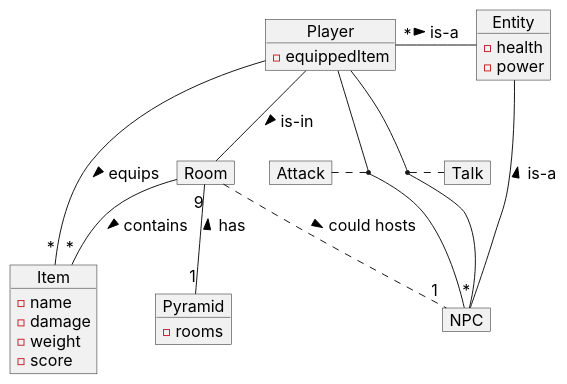
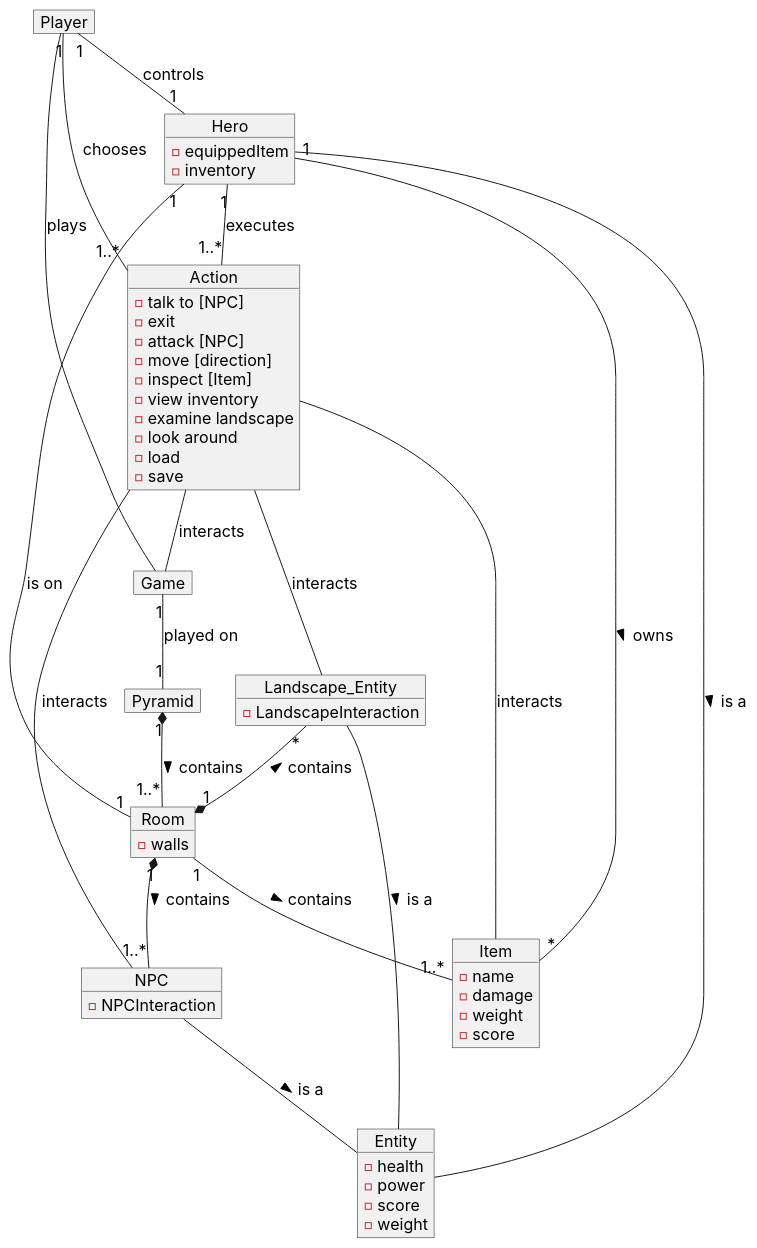
The diagram in plantuml/domain-model.plantuml (MarvinTheMoodLifter/escape-from-Dahshur), drawn with PlantUML before and after one commit.

Commit message:
8/6/2024
i tried updating the doman model, i am unsure wether or not it's right but i tried following our user stories on jira

```diff
--- a/plantuml/domain-model.plantuml
+++ b/plantuml/domain-model.plantuml
@@ -1,43 +1,71 @@
 @startuml Domain Model
 skinparam DefaultFontName Inter
 skinparam DefaultFontSize 16
 skinparam DefaultFontStyle bold
 skinparam ArrowThickness 1
 hide empty members
 
-object "Player" as Main_Character {
+object "Hero" as Main_Character {
   - equippedItem
+  - inventory
+}
+object Game{
+}
+object Player{
+}
+object Landscape_Entity{
+   -LandscapeInteraction
 }
 object Entity {
   - health
   - power
+  - score
+  - weight
 }
-object Attack
-object Talk
+object Action{
+  -talk to [NPC]
+  -exit
+  -attack [NPC]
+  -move [direction]
+  -inspect [Item]
+  -view inventory
+  -examine landscape
+  -look around
+  -load
+  -save
+
+}
 object Item {
   - name
   - damage 
   - weight 
   - score
 }
-object NPC 
+object NPC {
+  -NPCInteraction
+}
 object Pyramid {
-  - rooms
 }
-object Room 
-
-Entity -- "*" Main_Character : is-a <
-Entity -- "*" NPC : is-a <
-Main_Character -- Room : is-in >
-Main_Character -- "*" Item : equips >
-(Main_Character,NPC) .. Attack
-(Main_Character,NPC) .. Talk
-Room -- "*" Item : contains >
-Room .. "1" NPC : could hosts >
-Pyramid "1" -- "9" Room : has >
-
-Main_Character -[hidden]down- Room
-Entity -[hidden]left- Main_Character
-Pyramid -[hidden]up- Room
+object Room {
+   - walls
+}
+Room "1"-- "1..*" Item : contains >
+Pyramid "1"*--"1..*" Room: contains >
+Room "1"*-- "1..*" NPC : contains >
+Game "1"--"1" Pyramid: played on
+Main_Character "1"--"*" Item: owns >
+Entity -- Main_Character: is a <
+NPC -- Entity: is a >
+Landscape_Entity -- Entity: is a >
+Landscape_Entity "*"--*"1" Room: contains <
+Main_Character "1" -- "1" Room: is on
+Player "1"--"1" Main_Character: controls
+Player -- Game: plays
+Player "1"--"1..*" Action: chooses
+Main_Character "1"--"1..*" Action: executes
+Action -- Game: interacts
+Action -- NPC: interacts
+Action -- Landscape_Entity: interacts
+Action -- Item: interacts
 
 @enduml
```
